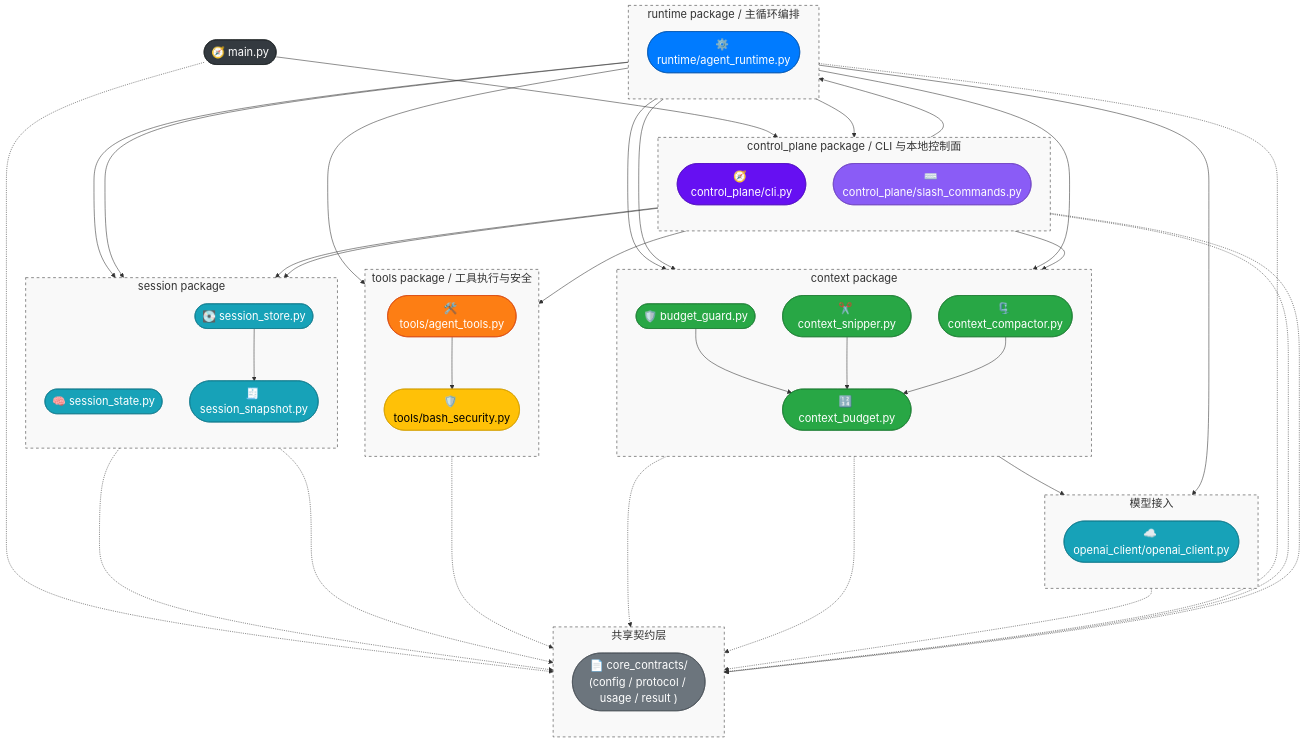
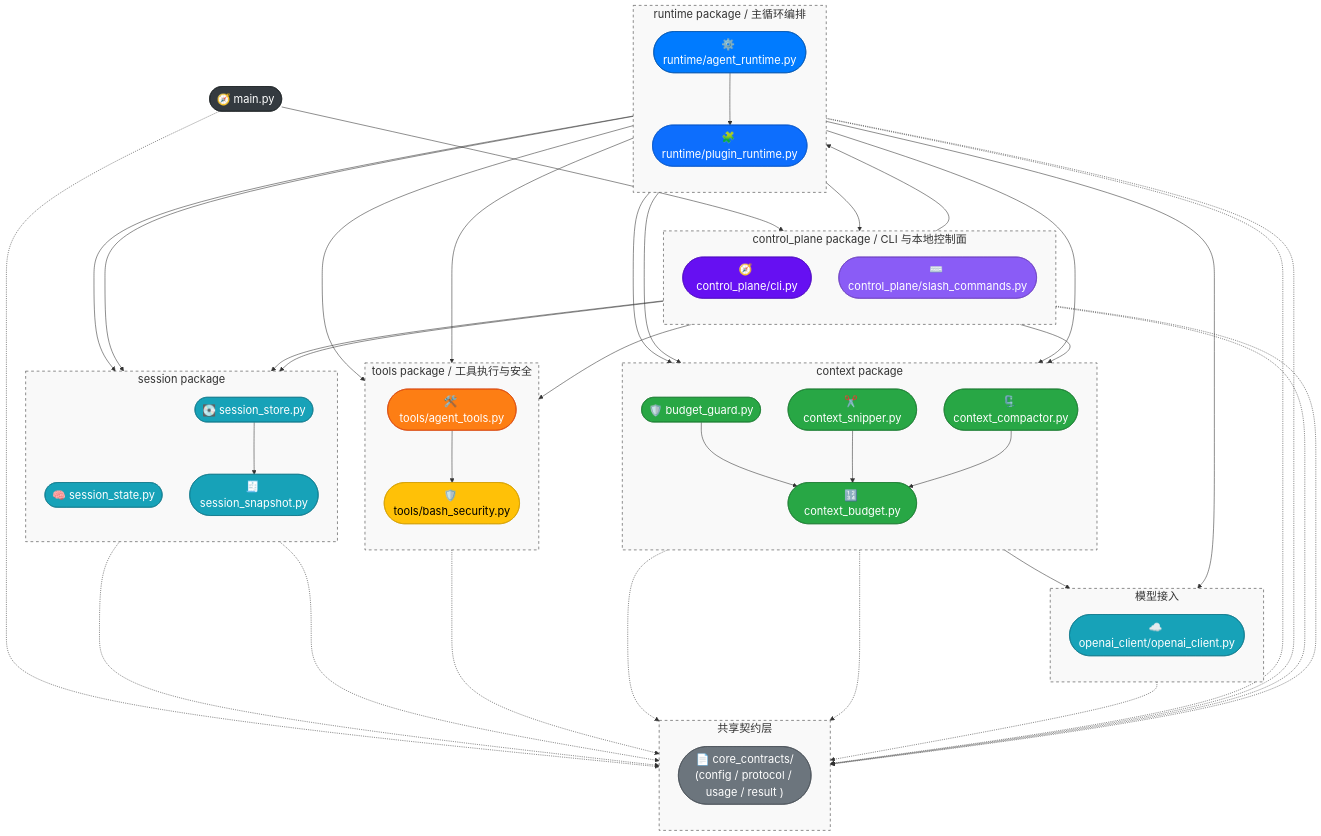
Before and after one commit to WenXingming/ClawCodeAgent: the diagram in docs/Architecture.md, drawn with Mermaid. The commit also changed other lines of this file and 8 other files, not shown here.

Commit message:
Feat: implement plugin runtime and manifest registration (refs #014)

```diff
--- a/docs/Architecture.md
+++ b/docs/Architecture.md
@@ -43,6 +43,7 @@
     %% ================= Runtime =================
     subgraph Runtime [runtime package / 主循环编排]
         direction TB
+        n_plugin_runtime(["🧩 runtime/plugin_runtime.py"])
         n_runtime(["⚙️ runtime/agent_runtime.py"])
         style Runtime fill:#f9f9f9,stroke:#333,stroke-dasharray: 5 5
     end
@@ -94,6 +95,7 @@
     n_cli --> n_runtime
     n_cli --> n_session_store
     n_runtime --> n_slash
+    n_runtime --> n_plugin_runtime
     n_runtime --> n_openai_client
     n_runtime --> n_tools
     n_runtime --> n_session_state
@@ -108,6 +110,7 @@
     n_slash --> n_token_budget
 
     %% ================= 工具 =================
+    n_plugin_runtime --> n_tools
     n_tools --> n_bash_security
 
     %% ================= Session =================
@@ -125,6 +128,7 @@
     main -.-> n_core_contracts
     n_cli -.-> n_core_contracts
     n_runtime -.-> n_core_contracts
+    n_plugin_runtime -.-> n_core_contracts
     n_slash -.-> n_core_contracts
     n_tools -.-> n_core_contracts
     n_openai_client -.-> n_core_contracts
@@ -137,6 +141,7 @@
     style main fill:#343a40,color:#fff,stroke:#1d2124
     style n_cli fill:#6610f2,color:#fff,stroke:#520dc2
     style n_runtime fill:#007bff,color:#fff,stroke:#0056b3
+    style n_plugin_runtime fill:#0d6efd,color:#fff,stroke:#0a58ca
     style n_slash fill:#8a5cf6,color:#fff,stroke:#6f42c1
     style n_core_contracts fill:#6c757d,color:#fff,stroke:#495057
     style n_openai_client fill:#17a2b8,color:#fff,stroke:#117a8b
```
